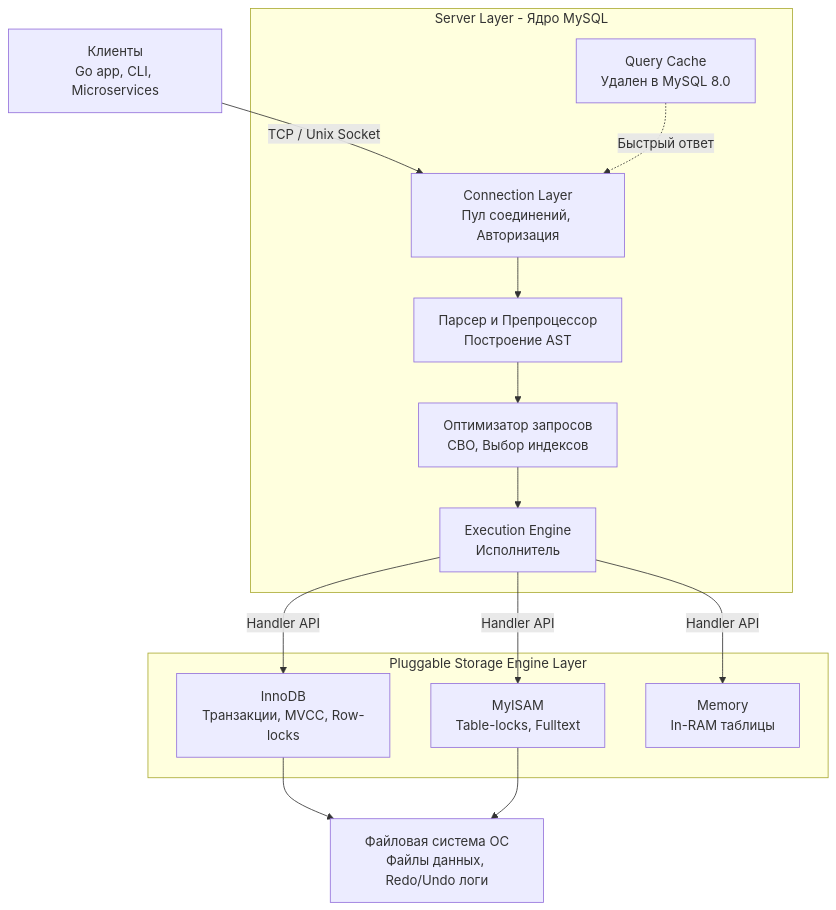
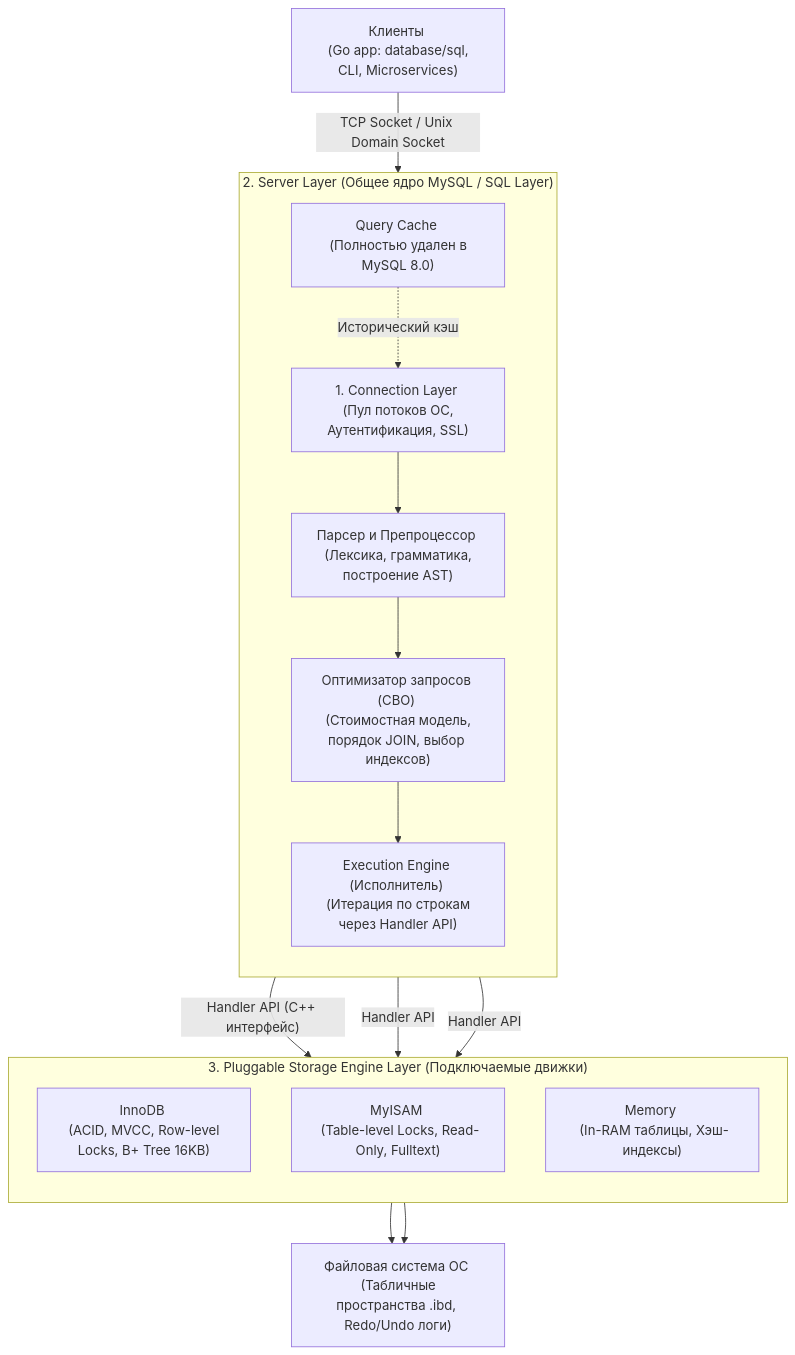
Before and after one commit to UnrealTemplier/go-textbook: the first of 2 diagrams in sources/12. Базы данных/07. MySQL и форки/1. Архитектура MySQL.md, drawn with Mermaid. The commit also changed other lines of this file, not shown here.

````diff
--- a/sources/12. Базы данных/07. MySQL и форки/1. Архитектура MySQL.md
+++ b/sources/12. Базы данных/07. MySQL и форки/1. Архитектура MySQL.md
@@ -13,22 +15,22 @@
 ```mermaid
 flowchart TD
-    Client["Клиенты<br>Go app, CLI, Microservices"] -->|"TCP / Unix Socket"| ConnLayer["Connection Layer<br>Пул соединений, Авторизация"]
+    Client["Клиенты <br> (Go app: database/sql, CLI, Microservices)"] -->|"TCP Socket / Unix Domain Socket"| ConnLayer["1. Connection Layer <br> (Пул потоков ОС, Аутентификация, SSL)"]
     
-    subgraph ServerLayer ["Server Layer - Ядро MySQL"]
-        ConnLayer --> Parser["Парсер и Препроцессор<br>Построение AST"]
-        Parser --> Optimizer["Оптимизатор запросов<br>CBO, Выбор индексов"]
-        Optimizer --> Execution["Execution Engine<br>Исполнитель"]
-        
-        %% Query Cache удален в 8.0, но стоит упоминания для истории
-        Cache["Query Cache<br>Удален в MySQL 8.0"] -.->|"Быстрый ответ"| ConnLayer
+    subgraph ServerLayer ["2. Server Layer (Общее ядро MySQL / SQL Layer)"]
+        direction TB
+        ConnLayer --> Parser["Парсер и Препроцессор <br> (Лексика, грамматика, построение AST)"]
+        Parser --> Optimizer["Оптимизатор запросов (CBO) <br> (Стоимостная модель, порядок JOIN, выбор индексов)"]
+        Optimizer --> Execution["Execution Engine (Исполнитель) <br> (Итерация по строкам через Handler API)"]
+        Cache["Query Cache <br> (Полностью удален в MySQL 8.0)"] -.->|"Исторический кэш"| ConnLayer
     end
     
-    subgraph StorageEngineLayer ["Pluggable Storage Engine Layer"]
-        Execution -->|"Handler API"| InnoDB["InnoDB<br>Транзакции, MVCC, Row-locks"]
-        Execution -->|"Handler API"| MyISAM["MyISAM<br>Table-locks, Fulltext"]
-        Execution -->|"Handler API"| Memory["Memory<br>In-RAM таблицы"]
+    subgraph StorageEngineLayer ["3. Pluggable Storage Engine Layer (Подключаемые движки)"]
+        direction TB
+        Execution -->|"Handler API (C++ интерфейс)"| InnoDB["InnoDB <br> (ACID, MVCC, Row-level Locks, B+ Tree 16KB)"]
+        Execution -->|"Handler API"| MyISAM["MyISAM <br> (Table-level Locks, Read-Only, Fulltext)"]
+        Execution -->|"Handler API"| Memory["Memory <br> (In-RAM таблицы, Хэш-индексы)"]
     end
     
-    InnoDB --> FS["Файловая система ОС<br>Файлы данных, Redo/Undo логи"]
+    InnoDB --> FS["Файловая система ОС <br> (Табличные пространства .ibd, Redo/Undo логи)"]
     MyISAM --> FS
 ```
````
